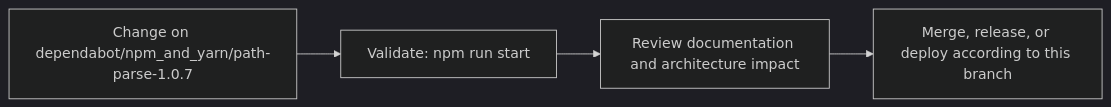
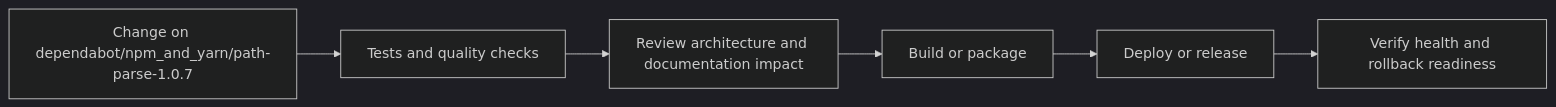
The fourth of 5 diagrams in README.md (Nischhalsubba/wp_Theme_Ronal), drawn with Mermaid (dark theme) before and after one commit. The commit also changed other lines of this file, not shown here.

````diff
--- a/README.md
+++ b/README.md
@@ -69,8 +145,8 @@
 ```mermaid
 flowchart LR
-    CHANGE["Change on dependabot/npm_and_yarn/path-parse-1.0.7"]
-    CHECK["Validate: npm run start"]
-    REVIEW["Review documentation and architecture impact"]
-    RELEASE["Merge, release, or deploy according to this branch"]
-    CHANGE --> CHECK --> REVIEW --> RELEASE
+    CHANGE["Change on dependabot/npm_and_yarn/path-parse-1.0.7"] --> CHECK["Tests and quality checks"]
+    CHECK --> REVIEW["Review architecture and documentation impact"]
+    REVIEW --> BUILD["Build or package"]
+    BUILD --> DEPLOY["Deploy or release"]
+    DEPLOY --> VERIFY["Verify health and rollback readiness"]
 ```
````
